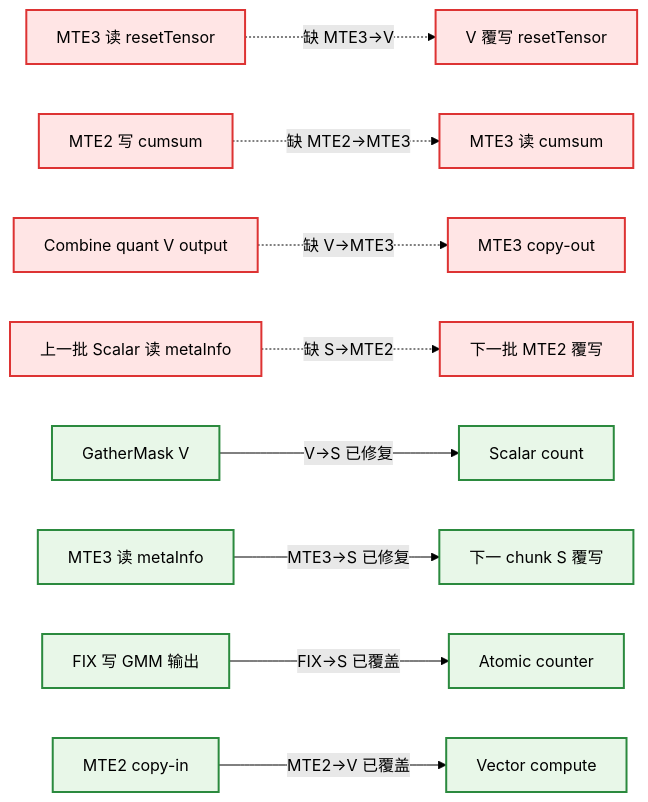
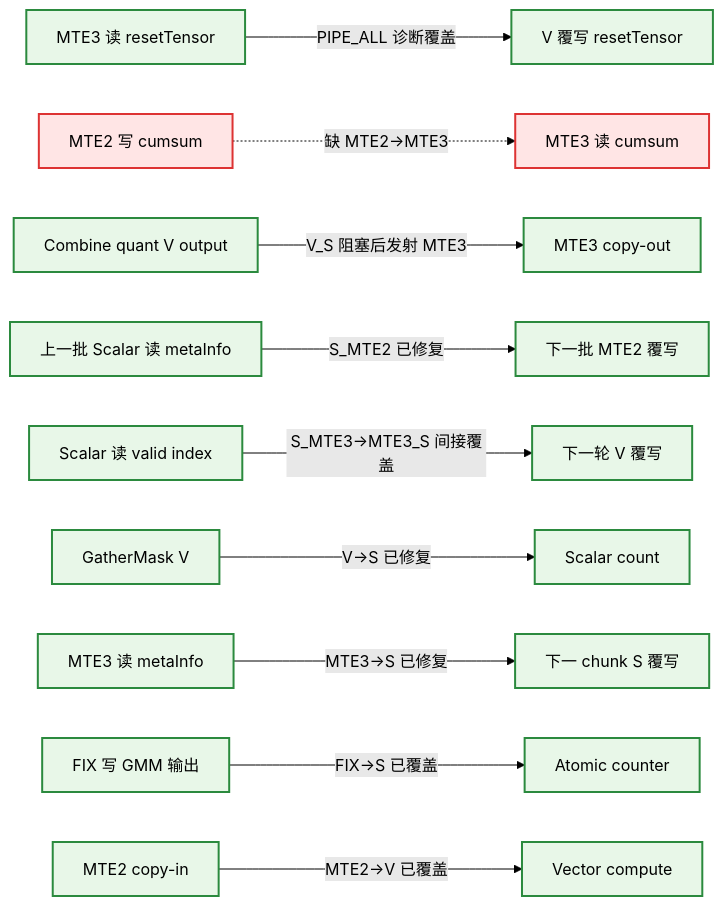
The second of 3 diagrams in mc2/mega_moe/op_kernel/arch35/mega_moe_layered_sync_audit.md (ChunnX/ops-transformer), drawn with Mermaid (forest theme) before and after one commit. The commit also changed other lines of this file and 3 other files, not shown here.

````diff
--- a/mc2/mega_moe/op_kernel/arch35/mega_moe_layered_sync_audit.md
+++ b/mc2/mega_moe/op_kernel/arch35/mega_moe_layered_sync_audit.md
@@ -94,16 +97,17 @@
 ```mermaid
 flowchart LR
-    C["MTE3 读 resetTensor"] -. "缺 MTE3→V" .-> D["V 覆写 resetTensor"]
+    C["MTE3 读 resetTensor"] -->|"PIPE_ALL 诊断覆盖"| D["V 覆写 resetTensor"]
     E["MTE2 写 cumsum"] -. "缺 MTE2→MTE3" .-> F["MTE3 读 cumsum"]
-    QV["Combine quant V output"] -. "缺 V→MTE3" .-> M3["MTE3 copy-out"]
-    S["上一批 Scalar 读 metaInfo"] -. "缺 S→MTE2" .-> M2B["下一批 MTE2 覆写"]
+    QV["Combine quant V output"] -->|"V_S 阻塞后发射 MTE3"| M3["MTE3 copy-out"]
+    S["上一批 Scalar 读 metaInfo"] -->|"S_MTE2 已修复"| M2B["下一批 MTE2 覆写"]
+    IDX["Scalar 读 valid index"] -->|"S_MTE3→MTE3_S 间接覆盖"| IDXV["下一轮 V 覆写"]
     GM["GatherMask V"] -->|"V→S 已修复"| SC["Scalar count"]
     META["MTE3 读 metaInfo"] -->|"MTE3→S 已修复"| OV["下一 chunk S 覆写"]
     FIX["FIX 写 GMM 输出"] -->|"FIX→S 已覆盖"| CNT["Atomic counter"]
     M2["MTE2 copy-in"] -->|"MTE2→V 已覆盖"| V["Vector compute"]
 
     classDef missing fill:#ffe5e5,stroke:#d33,stroke-width:2px;
     classDef synced fill:#e8f7e8,stroke:#2b8a3e,stroke-width:2px;
-    class C,D,E,F,QV,M3,S,M2B missing;
-    class GM,SC,META,OV,FIX,CNT,M2,V synced;
+    class E,F missing;
+    class C,D,QV,M3,S,M2B,IDX,IDXV,GM,SC,META,OV,FIX,CNT,M2,V synced;
 ```
````
